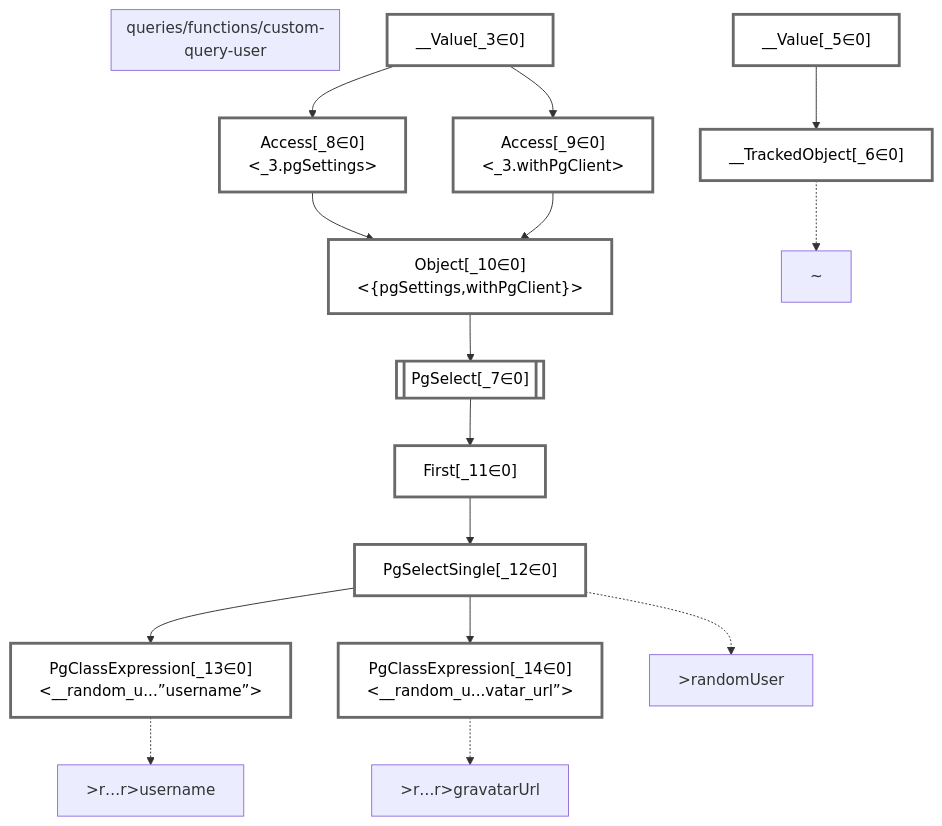
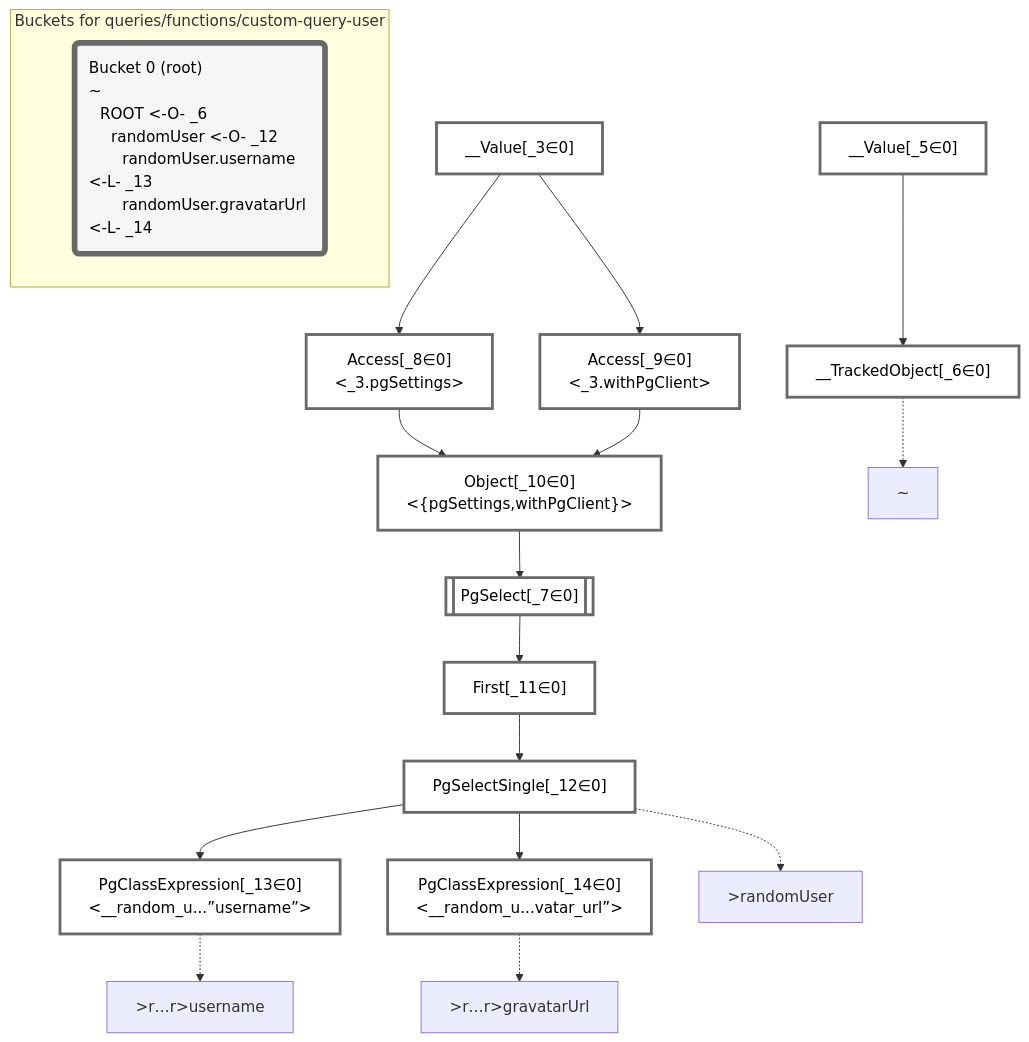
Before and after one commit to graphile/crystal: the diagram in packages/dataplan-pg/__tests__/queries/functions/custom-query-user.deopt.mermaid.md, drawn with Mermaid. The commit also changed 37 other files, not shown here.

````diff
--- a/packages/dataplan-pg/__tests__/queries/functions/custom-query-user.deopt.mermaid.md
+++ b/packages/dataplan-pg/__tests__/queries/functions/custom-query-user.deopt.mermaid.md
@@ -1,50 +1,53 @@
 ```mermaid
 graph TD
-    subgraph "queries/functions/custom-query-user"
-    end
     classDef path fill:#eee,stroke:#000,color:#000
     classDef plan fill:#fff,stroke-width:3px,color:#000
     classDef itemplan fill:#fff,stroke-width:6px,color:#000
     classDef sideeffectplan fill:#f00,stroke-width:6px,color:#000
     classDef bucket fill:#f6f6f6,color:#000,stroke-width:6px,text-align:left
 
 
     %% define plans
     __Value_3["__Value[_3∈0]<br /><context>"]:::plan
     __Value_5["__Value[_5∈0]<br /><rootValue>"]:::plan
     __TrackedObject_6["__TrackedObject[_6∈0]"]:::plan
     PgSelect_7[["PgSelect[_7∈0]<br /><random_user>"]]:::plan
     Access_8["Access[_8∈0]<br /><_3.pgSettings>"]:::plan
     Access_9["Access[_9∈0]<br /><_3.withPgClient>"]:::plan
     Object_10["Object[_10∈0]<br /><{pgSettings,withPgClient}>"]:::plan
     First_11["First[_11∈0]"]:::plan
     PgSelectSingle_12["PgSelectSingle[_12∈0]<br /><users>"]:::plan
     PgClassExpression_13["PgClassExpression[_13∈0]<br /><__random_u...”username”>"]:::plan
     PgClassExpression_14["PgClassExpression[_14∈0]<br /><__random_u...vatar_url”>"]:::plan
 
     %% plan dependencies
     __Value_5 --> __TrackedObject_6
     Object_10 --> PgSelect_7
     __Value_3 --> Access_8
     __Value_3 --> Access_9
     Access_8 --> Object_10
     Access_9 --> Object_10
     PgSelect_7 --> First_11
     First_11 --> PgSelectSingle_12
     PgSelectSingle_12 --> PgClassExpression_13
     PgSelectSingle_12 --> PgClassExpression_14
 
     %% plan-to-path relationships
     P_6["~"]
     __TrackedObject_6 -.-> P_6
     P_12[">randomUser"]
     PgSelectSingle_12 -.-> P_12
     P_13[">r…r>username"]
     PgClassExpression_13 -.-> P_13
     P_14[">r…r>gravatarUrl"]
     PgClassExpression_14 -.-> P_14
 
     %% allocate buckets
     classDef bucket0 stroke:#696969
     class __Value_3,__Value_5,__TrackedObject_6,PgSelect_7,Access_8,Access_9,Object_10,First_11,PgSelectSingle_12,PgClassExpression_13,PgClassExpression_14 bucket0
+
+    subgraph "Buckets for queries/functions/custom-query-user"
+    Bucket0("Bucket 0 (root)<br />~<br />⠀ROOT <-O- _6<br />⠀⠀randomUser <-O- _12<br />⠀⠀⠀randomUser.username <-L- _13<br />⠀⠀⠀randomUser.gravatarUrl <-L- _14"):::bucket
+    style Bucket0 stroke:#696969
+    end
 ```
````
